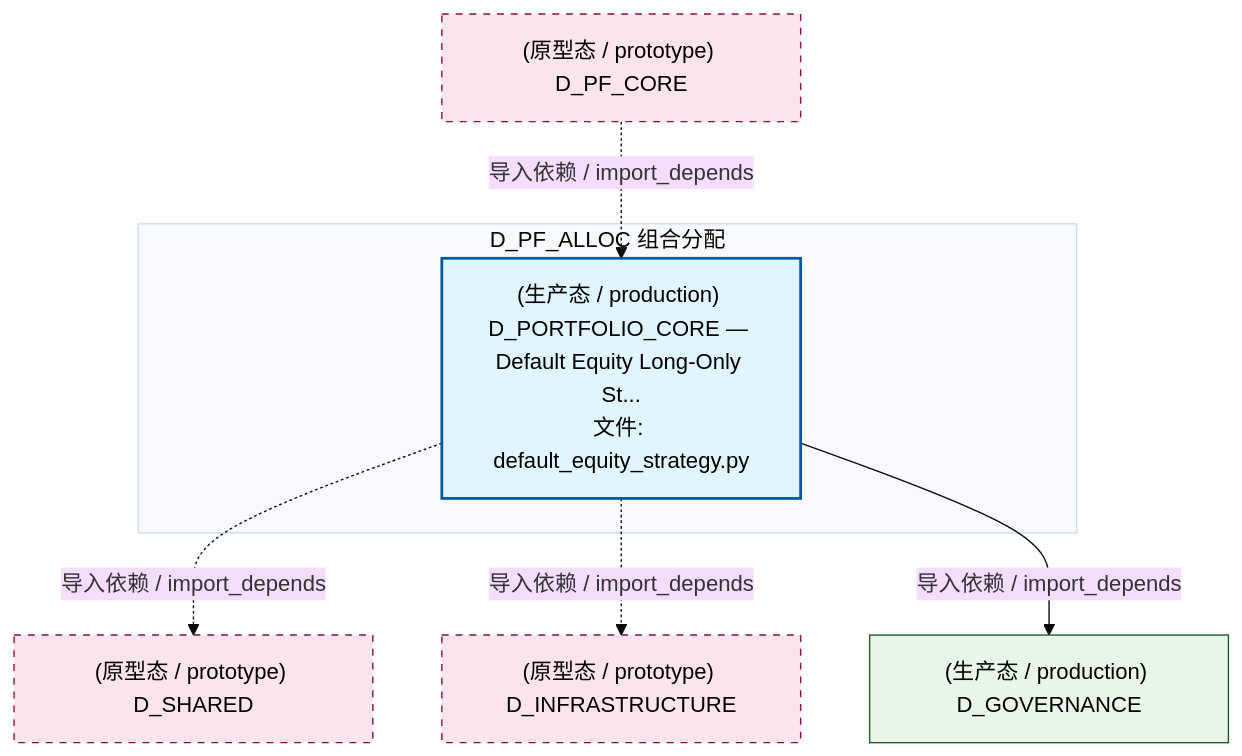
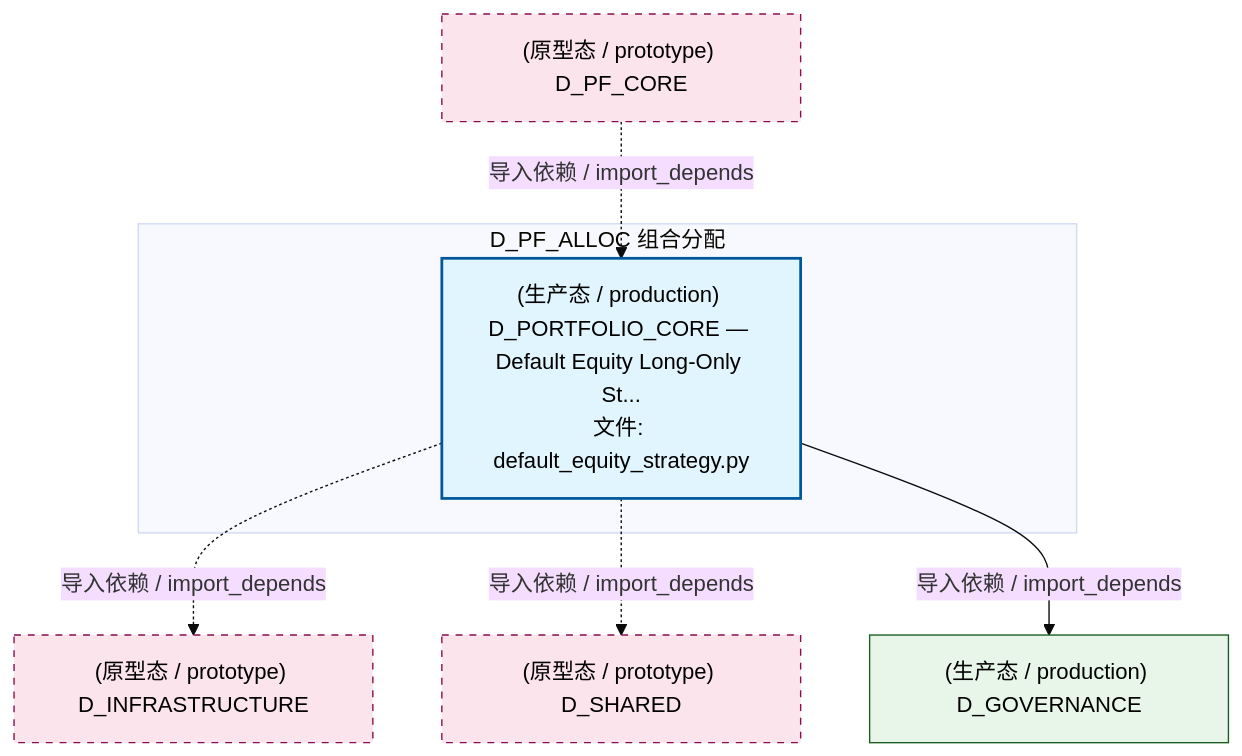
The second of 5 diagrams in docs/02_enterprise_architecture/02_domain_architecture_docs/51_d_pf_alloc.md (xuanFelixVan/ZephyrAlpha), drawn with Mermaid (base theme) before and after one commit. The commit also changed 102 other files, not shown here.

````diff
--- a/docs/02_enterprise_architecture/02_domain_architecture_docs/51_d_pf_alloc.md
+++ b/docs/02_enterprise_architecture/02_domain_architecture_docs/51_d_pf_alloc.md
@@ -100,21 +100,21 @@
 ```mermaid
 graph TD
     subgraph D_PF_ALLOC["D_PF_ALLOC 组合分配"]
         src_zephyr_pf_core_default_equity_strategy_py["(生产态 / production) D_PORTFOLIO_CORE — Default Equity Long-Only St...<br/>文件: default_equity_strategy.py"]
     end
+    D_INFRASTRUCTURE["(原型态 / prototype) D_INFRASTRUCTURE"]
+    src_zephyr_pf_core_default_equity_strategy_py -.->|导入依赖 / import_depends| D_INFRASTRUCTURE
     D_SHARED["(原型态 / prototype) D_SHARED"]
     src_zephyr_pf_core_default_equity_strategy_py -.->|导入依赖 / import_depends| D_SHARED
-    D_INFRASTRUCTURE["(原型态 / prototype) D_INFRASTRUCTURE"]
-    src_zephyr_pf_core_default_equity_strategy_py -.->|导入依赖 / import_depends| D_INFRASTRUCTURE
     D_GOVERNANCE["(生产态 / production) D_GOVERNANCE"]
     src_zephyr_pf_core_default_equity_strategy_py -->|导入依赖 / import_depends| D_GOVERNANCE
     D_PF_CORE["(原型态 / prototype) D_PF_CORE"]
     D_PF_CORE -.->|导入依赖 / import_depends| src_zephyr_pf_core_default_equity_strategy_py
     classDef production fill:#e1f5fe,stroke:#01579b,stroke-width:2px,color:#000
     classDef design fill:#fff3e0,stroke:#e65100,stroke-width:2px,color:#000,stroke-dasharray: 5 5
     classDef external_prod fill:#e8f5e9,stroke:#1b5e20,stroke-width:1px,color:#000
     classDef external_design fill:#fce4ec,stroke:#880e4f,stroke-width:1px,color:#000,stroke-dasharray: 5 5
     class src_zephyr_pf_core_default_equity_strategy_py production
     class D_GOVERNANCE external_prod
-    class D_SHARED,D_INFRASTRUCTURE,D_PF_CORE external_design
+    class D_INFRASTRUCTURE,D_SHARED,D_PF_CORE external_design
 ```
````
